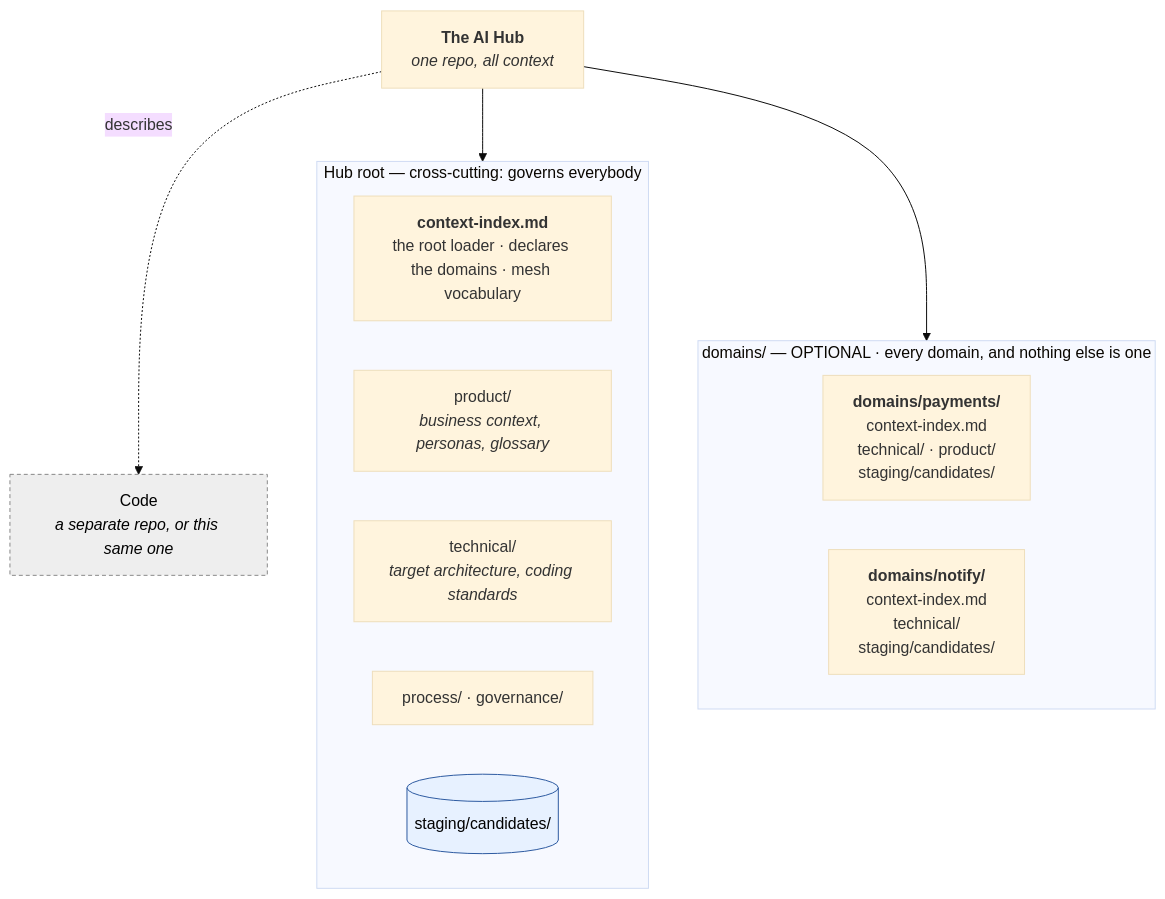
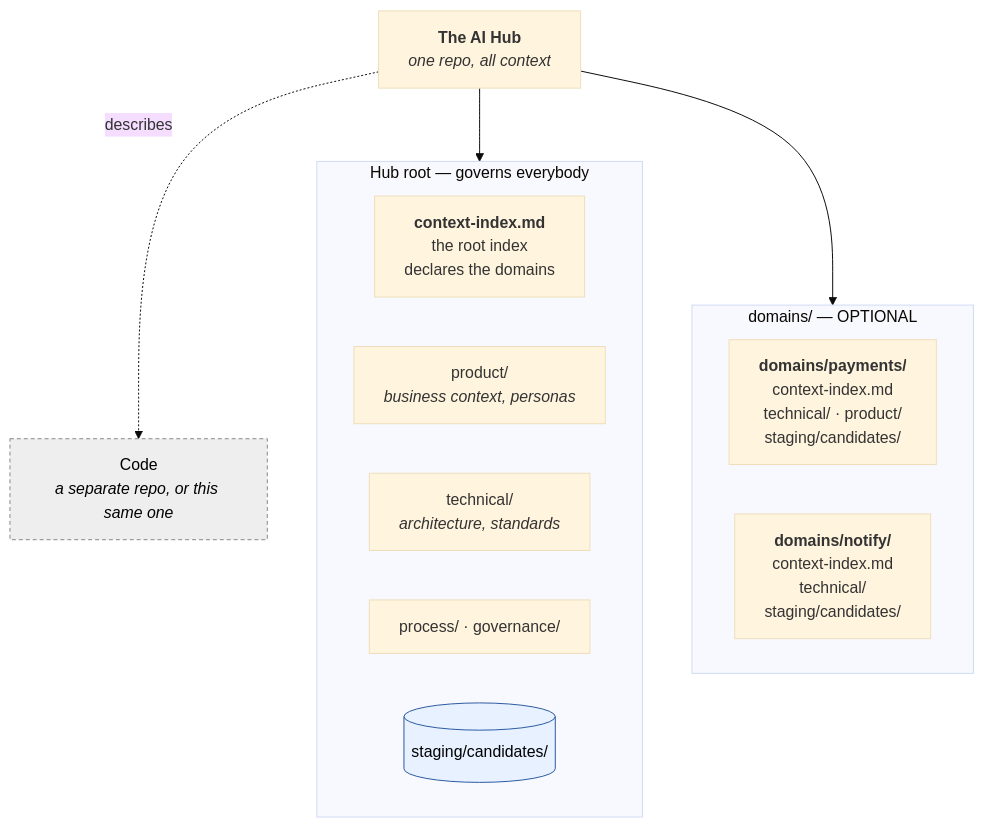
The second of 2 diagrams in docs/how-it-works.md (mitchell-ee/context-mesh-claude), drawn with Mermaid (base theme) before and after one commit. The commit also changed other lines of this file and 17 other files, not shown here.

First line of the commit message:
ee-context-mesh 0.14.0

````diff
--- a/docs/how-it-works.md
+++ b/docs/how-it-works.md
@@ -101,29 +112,29 @@
 ```mermaid
 flowchart TD
     HUB["<b>The AI Hub</b><br/><i>one repo, all context</i>"]
 
-    subgraph ROOT["Hub root — cross-cutting: governs everybody"]
-        RI["<b>context-index.md</b><br/>the root loader · declares the domains · mesh vocabulary"]
-        RP["product/<br/><i>business context, personas, glossary</i>"]
-        RT["technical/<br/><i>target architecture, coding standards</i>"]
+    subgraph ROOT["Hub root — governs everybody"]
+        RI["<b>context-index.md</b><br/>the root index<br/>declares the domains"]
+        RP["product/<br/><i>business context, personas</i>"]
+        RT["technical/<br/><i>architecture, standards</i>"]
         RG["process/ · governance/"]
         RS[("staging/candidates/")]
     end
 
-    subgraph DOMS["domains/ — OPTIONAL · every domain, and nothing else is one"]
+    subgraph DOMS["domains/ — OPTIONAL"]
         direction LR
         D1["<b>domains/payments/</b><br/>context-index.md<br/>technical/ · product/<br/>staging/candidates/"]
         D2["<b>domains/notify/</b><br/>context-index.md<br/>technical/<br/>staging/candidates/"]
     end
 
     HUB --> ROOT
     HUB --> DOMS
 
     CODE["Code<br/><i>a separate repo, or this same one</i>"]
     HUB -.->|"describes"| CODE
 
     classDef stage fill:#e7f1ff,stroke:#2c5aa0,color:#000
     classDef ext fill:#eee,stroke:#888,stroke-dasharray:4 3,color:#000
     class RS stage
     class CODE ext
 ```
````
